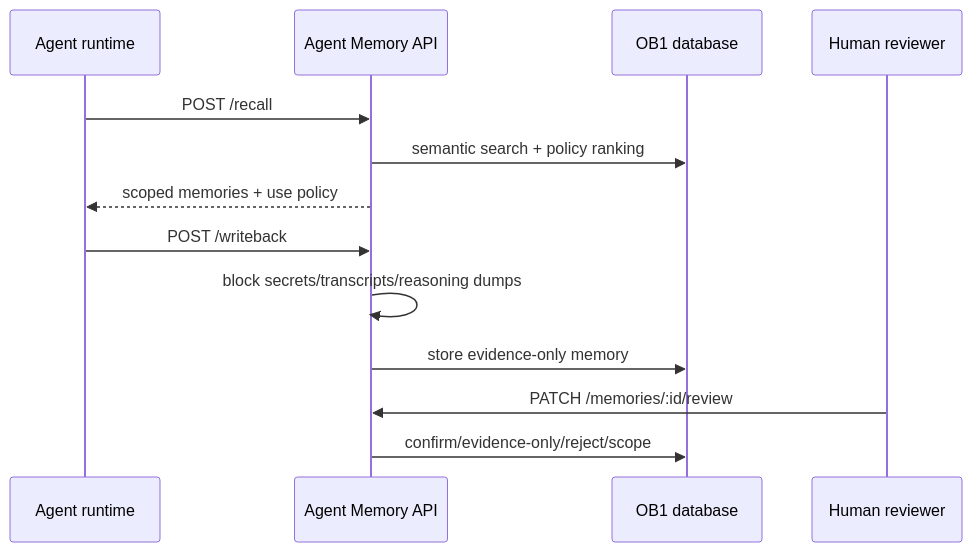
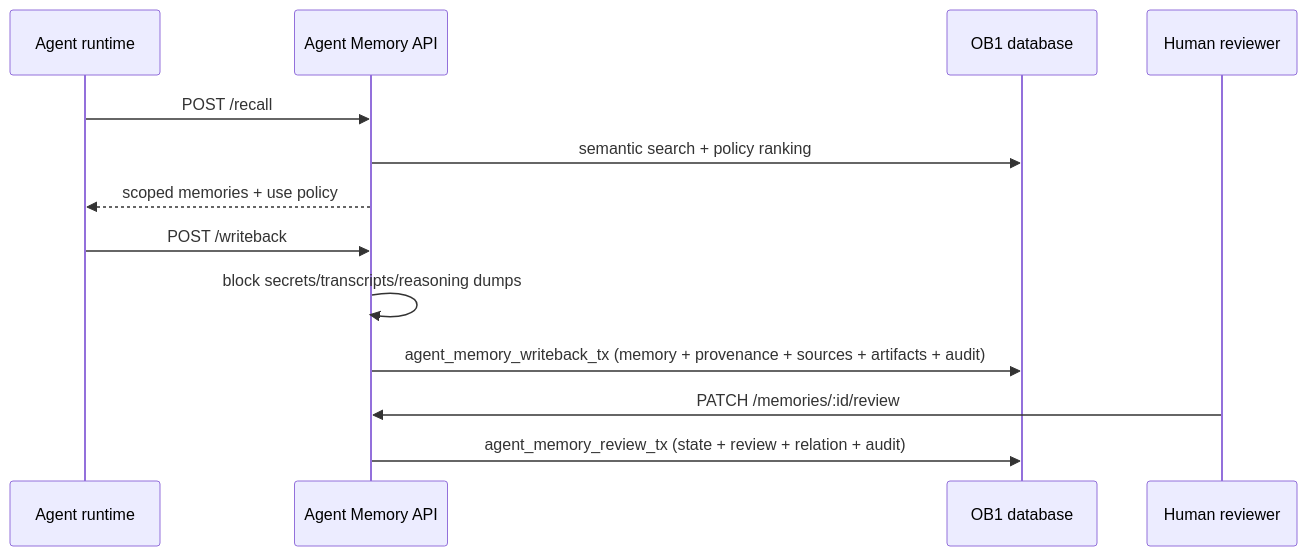
One commit to tomatozor/OB1 changed the diagram in integrations/agent-memory-api/README.md. Above: the diagram before and after it, drawn with Mermaid. The commit also changed other lines of this file and 16 other files, not shown here.

````diff
--- a/integrations/agent-memory-api/README.md
+++ b/integrations/agent-memory-api/README.md
@@ -5,15 +5,15 @@
 ```mermaid
 sequenceDiagram
   participant Runtime as Agent runtime
   participant API as Agent Memory API
   participant OB1 as OB1 database
   participant Human as Human reviewer
   Runtime->>API: POST /recall
   API->>OB1: semantic search + policy ranking
   API-->>Runtime: scoped memories + use policy
   Runtime->>API: POST /writeback
   API->>API: block secrets/transcripts/reasoning dumps
-  API->>OB1: store evidence-only memory
+  API->>OB1: agent_memory_writeback_tx (memory + provenance + sources + artifacts + audit)
   Human->>API: PATCH /memories/:id/review
-  API->>OB1: confirm/evidence-only/reject/scope
+  API->>OB1: agent_memory_review_tx (state + review + relation + audit)
 ```
````
